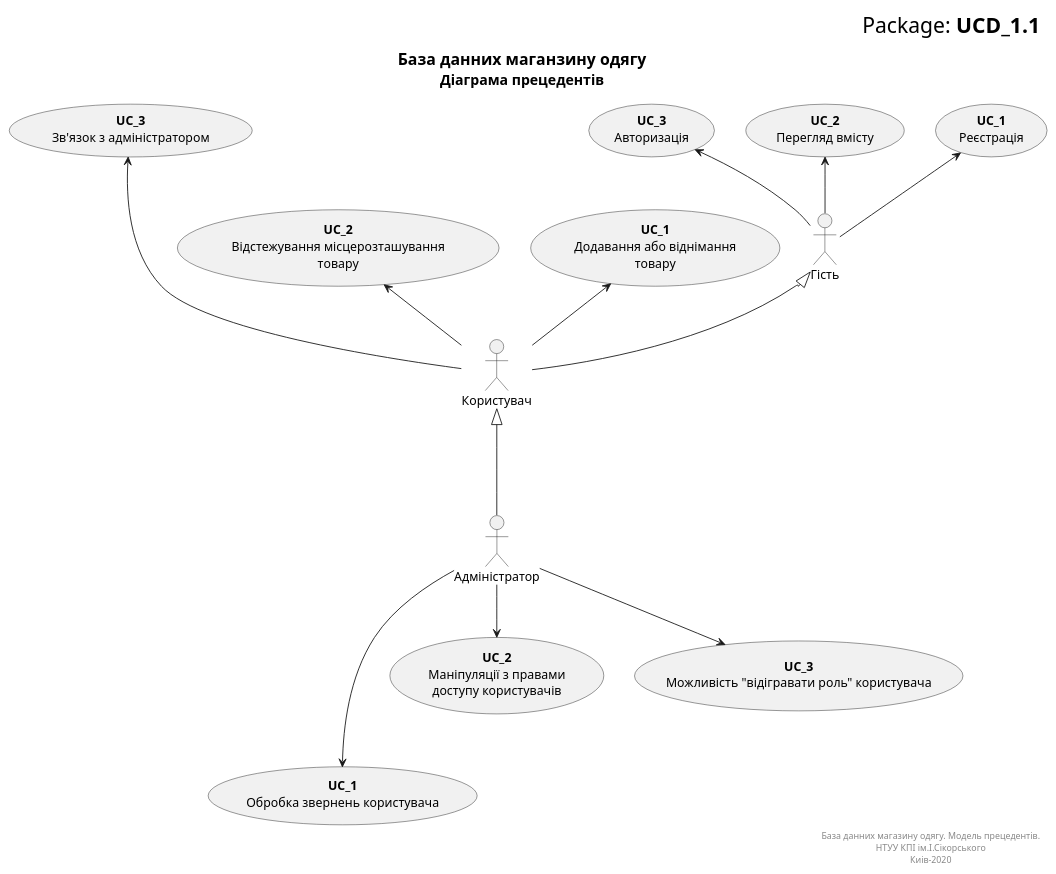
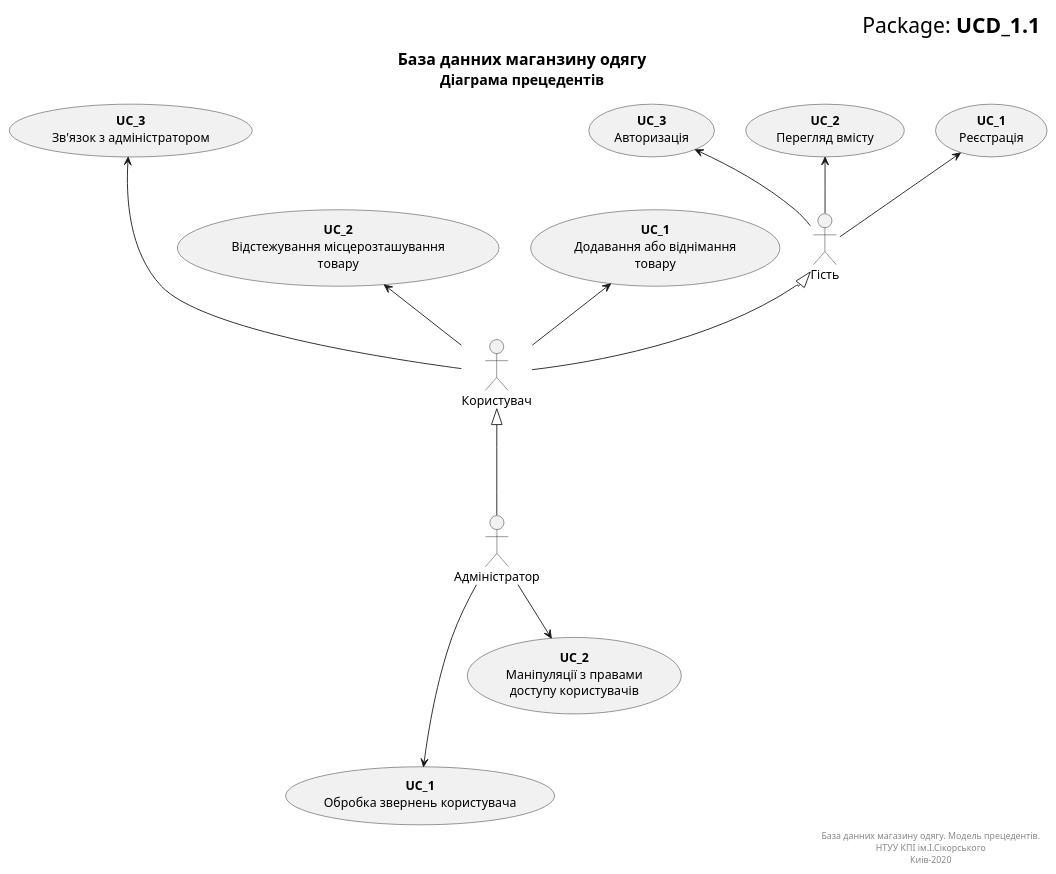
One commit to kirilinsane/Team2 changed the diagram in Doc/UMLdiagrams/general/ModelView.pu. Above: the diagram before and after it, drawn with PlantUML.

```diff
--- a/Doc/UMLdiagrams/general/ModelView.pu
+++ b/Doc/UMLdiagrams/general/ModelView.pu
@@ -1,62 +1,60 @@
 @startuml
 right header
 <font size=24 color=black>Package: <b>UCD_1.1
 end header
 
 title
 <font size=18 color=black>База данних маганзину одягу
 <font size=16 color=black>Діаграма прецедентів
 end title
 
 actor "Гість" as Guest
 actor "Користувач" as User
 actor "Адміністратор" as Admin
 
 ' UCes for Guest:
 usecase "<b>UC_1</b>\nРеєстрація" as UC1_Guest
 usecase "<b>UC_2</b>\nПерегляд вмісту" as UC2_Guest
 usecase "<b>UC_3</b>\nАвторизація" as UC3_Guest
 
 
 
 ' UCes for User:
 usecase "<b>UC_1</b>\nДодавання або віднімання\nтовару" as UC1_User
 usecase "<b>UC_2</b>\nВідстежування місцерозташування\nтовару" as UC2_User
 usecase "<b>UC_3</b>\nЗв'язок з адміністратором" as UC3_User
 
 
 ' UCes for Admin:
 usecase "<b>UC_1</b>\nОбробка звернень користувача" as UC1_Admin
 usecase "<b>UC_2</b>\nМаніпуляції з правами\nдоступу користувачів" as UC2_Admin
-usecase "<b>UC_3</b>\nМожливість "відігравати роль" користувача" as UC3_Admin
 
 
 ' Actors connections
 User -u-|> Guest
 
 Admin -u--|> User
 
 
 ' UCes connectios
 Guest -u-> UC1_Guest
 Guest -u-> UC2_Guest
 Guest -u-> UC3_Guest
 
 
 
 User -u-> UC1_User
 User -u-> UC2_User
 User -u--> UC3_User
 
 
 Admin -d--> UC1_Admin
 Admin -d-> UC2_Admin
-Admin -d-> UC3_Admin
 
 
 right footer
 База данних магазину одягу. Модель прецедентів.
 НТУУ КПІ ім.І.Сікорського
 Киів-2020
 end footer
 @enduml
```
